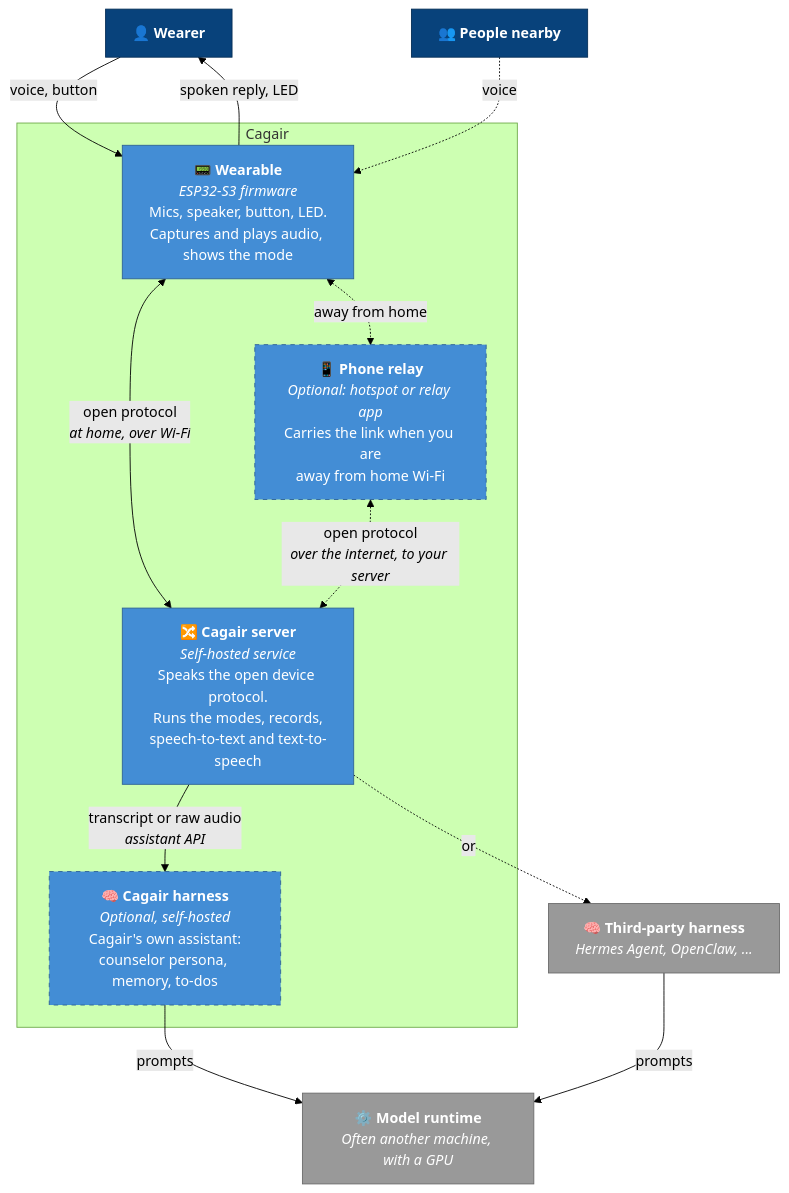
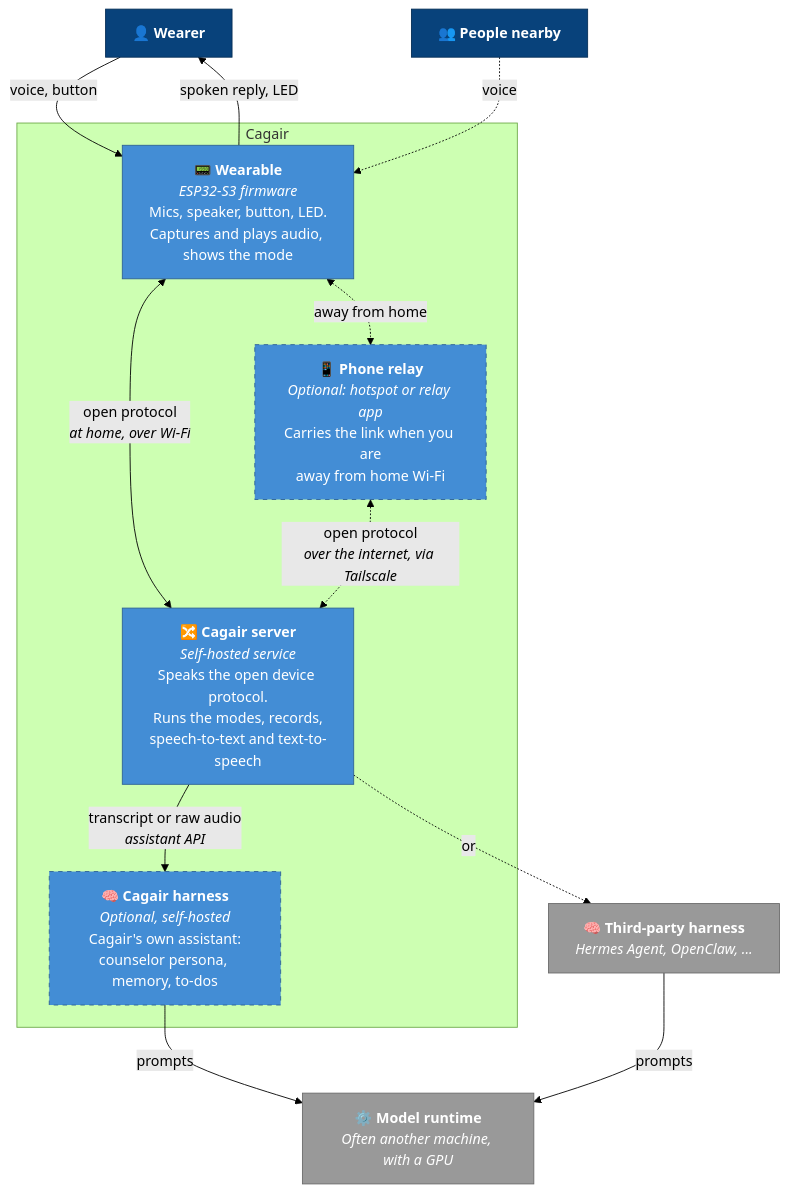
One commit to alphanovia/cagair changed the second of 2 diagrams in docs/architecture.md. Above: the diagram before and after it, drawn with Mermaid (forest theme). The commit also changed other lines of this file, not shown here.

First line of the commit message:
Document Tailscale as the default path to the server away from home

````diff
--- a/docs/architecture.md
+++ b/docs/architecture.md
@@ -49,36 +49,36 @@
 ```mermaid
 flowchart TB
     wearer["👤 <b>Wearer</b>"]
     bystander["👥 <b>People nearby</b>"]
 
     subgraph cagair_boundary ["Cagair"]
         wearable["📟 <b>Wearable</b><br/><i>ESP32-S3 firmware</i><br/>Mics, speaker, button, LED.<br/>Captures and plays audio, shows the mode"]
         relay["📱 <b>Phone relay</b><br/><i>Optional: hotspot or relay app</i><br/>Carries the link when you are<br/>away from home Wi-Fi"]
         server["🔀 <b>Cagair server</b><br/><i>Self-hosted service</i><br/>Speaks the open device protocol.<br/>Runs the modes, records,<br/>speech-to-text and text-to-speech"]
         own_harness["🧠 <b>Cagair harness</b><br/><i>Optional, self-hosted</i><br/>Cagair's own assistant:<br/>counselor persona, memory, to-dos"]
     end
 
     third_party["🧠 <b>Third-party harness</b><br/><i>Hermes Agent, OpenClaw, ...</i>"]
     models["⚙️ <b>Model runtime</b><br/><i>Often another machine, with a GPU</i>"]
 
     wearer -- "voice, button" --> wearable
     wearable -- "spoken reply, LED" --> wearer
     bystander -. "voice" .-> wearable
 
     wearable <-->|"open protocol<br/><i>at home, over Wi-Fi</i>"| server
     wearable <-.->|"away from home"| relay
-    relay <-.->|"open protocol<br/><i>over the internet, to your server</i>"| server
+    relay <-.->|"open protocol<br/><i>over the internet, via Tailscale</i>"| server
     server -- "transcript or raw audio<br/><i>assistant API</i>" --> own_harness
     server -. "or" .-> third_party
     own_harness -- "prompts" --> models
     third_party -- "prompts" --> models
 
     classDef person fill:#08427b,stroke:#052e56,color:#fff
     classDef container fill:#438dd5,stroke:#2e6295,color:#fff
     classDef optional fill:#438dd5,stroke:#2e6295,color:#fff,stroke-dasharray: 5 5
     classDef external fill:#999,stroke:#6b6b6b,color:#fff
     class wearer,bystander person
     class wearable,server container
     class own_harness,relay optional
     class third_party,models external
 ```
````
